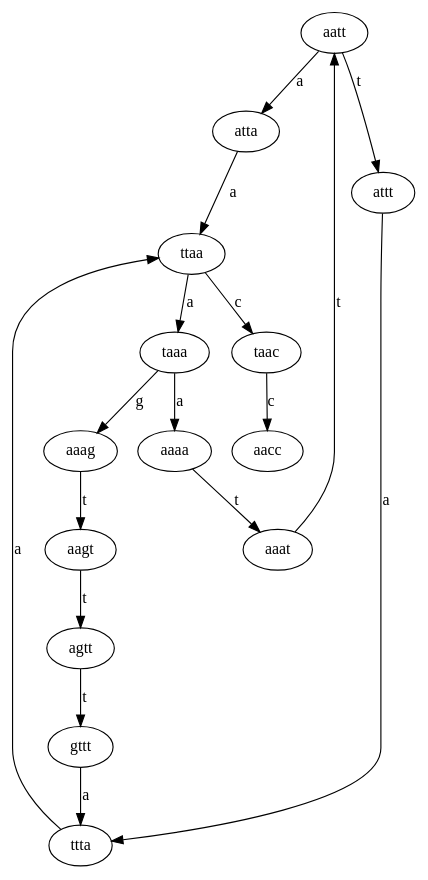
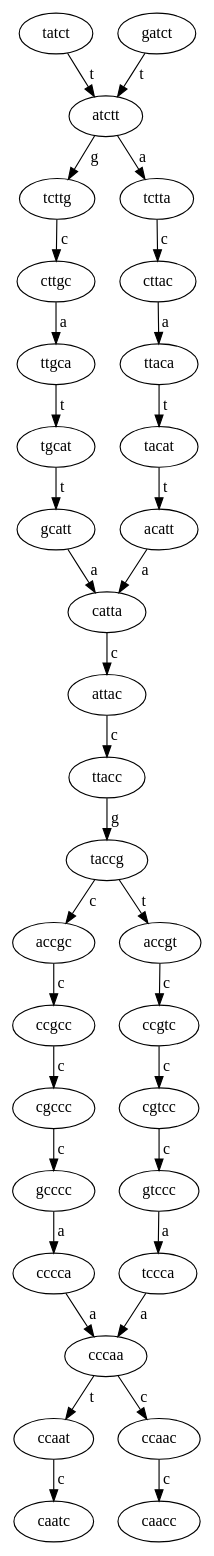
One commit to dlcgold/assignment-bioinfo changed the diagram in 1/esbio/outputs/mut.dot. Above: the diagram before and after it, drawn with Graphviz. The commit also changed 237 other files, not shown here.

```diff
--- a/1/esbio/outputs/mut.dot
+++ b/1/esbio/outputs/mut.dot
@@ -1,18 +1,37 @@
 digraph sample{
-	"aatt" -> "atta" [ label = "a" ];
-	"atta" -> "ttaa" [ label = "a" ];
-	"ttaa" -> "taaa" [ label = "a" ];
-	"taaa" -> "aaag" [ label = "g" ];
-	"aaag" -> "aagt" [ label = "t" ];
-	"aagt" -> "agtt" [ label = "t" ];
-	"agtt" -> "gttt" [ label = "t" ];
-	"gttt" -> "ttta" [ label = "a" ];
-	"ttta" -> "ttaa" [ label = "a" ];
-	"ttaa" -> "taac" [ label = "c" ];
-	"taac" -> "aacc" [ label = "c" ];
-	"attt" -> "ttta" [ label = "a" ];
-	"taaa" -> "aaaa" [ label = "a" ];
-	"aaaa" -> "aaat" [ label = "t" ];
-	"aaat" -> "aatt" [ label = "t" ];
-	"aatt" -> "attt" [ label = "t" ];
+ nodesep="0.3";
+ranksep="0.3";
+ 	"tatct" -> "atctt" [ label = " t" ];
+	"atctt" -> "tcttg" [ label = " g" ];
+	"tcttg" -> "cttgc" [ label = " c" ];
+	"cttgc" -> "ttgca" [ label = " a" ];
+	"ttgca" -> "tgcat" [ label = " t" ];
+	"tgcat" -> "gcatt" [ label = " t" ];
+	"gcatt" -> "catta" [ label = " a" ];
+	"catta" -> "attac" [ label = " c" ];
+	"attac" -> "ttacc" [ label = " c" ];
+	"ttacc" -> "taccg" [ label = " g" ];
+	"taccg" -> "accgc" [ label = " c" ];
+	"accgc" -> "ccgcc" [ label = " c" ];
+	"ccgcc" -> "cgccc" [ label = " c" ];
+	"cgccc" -> "gcccc" [ label = " c" ];
+	"gcccc" -> "cccca" [ label = " a" ];
+	"cccca" -> "cccaa" [ label = " a" ];
+	"cccaa" -> "ccaat" [ label = " t" ];
+	"ccaat" -> "caatc" [ label = " c" ];
+	"gatct" -> "atctt" [ label = " t" ];
+	"atctt" -> "tctta" [ label = " a" ];
+	"tctta" -> "cttac" [ label = " c" ];
+	"cttac" -> "ttaca" [ label = " a" ];
+	"ttaca" -> "tacat" [ label = " t" ];
+	"tacat" -> "acatt" [ label = " t" ];
+	"acatt" -> "catta" [ label = " a" ];
+	"taccg" -> "accgt" [ label = " t" ];
+	"accgt" -> "ccgtc" [ label = " c" ];
+	"ccgtc" -> "cgtcc" [ label = " c" ];
+	"cgtcc" -> "gtccc" [ label = " c" ];
+	"gtccc" -> "tccca" [ label = " a" ];
+	"tccca" -> "cccaa" [ label = " a" ];
+	"cccaa" -> "ccaac" [ label = " c" ];
+	"ccaac" -> "caacc" [ label = " c" ];
 }
```
